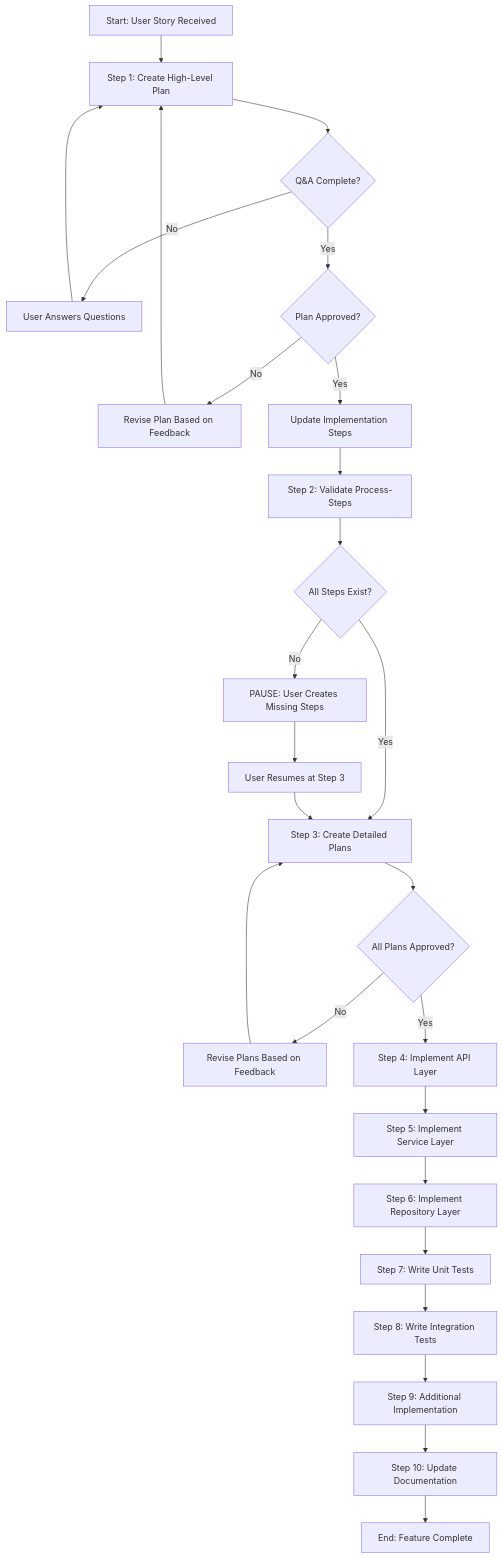
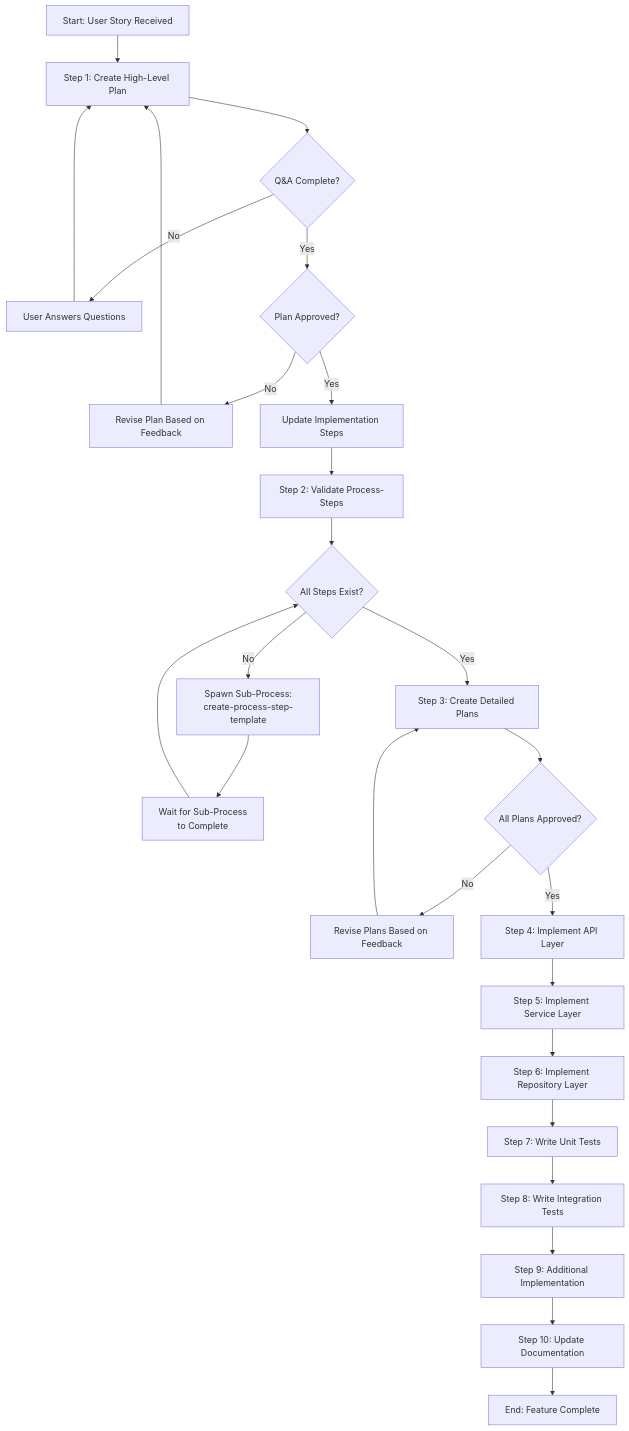
The diagram in .processes/templates/development/develop-user-story.md (HMTools/agentic-processes), drawn with Mermaid before and after one commit. The commit also changed 1 other file, not shown here.

Commit message:
Replaces pause states with subprocess spawns
Updates process templates to spawn subprocesses instead of pausing
for user input. This automates process step creation, improving
workflow efficiency and reducing manual intervention.

````diff
--- a/.processes/templates/development/develop-user-story.md
+++ b/.processes/templates/development/develop-user-story.md
@@ -62,28 +62,28 @@
 ```mermaid
 flowchart TD
     A[Start: User Story Received] --> B[Step 1: Create High-Level Plan]
     B --> B1{Q&A Complete?}
     B1 -->|No| B2[User Answers Questions]
     B2 --> B
     B1 -->|Yes| C{Plan Approved?}
     C -->|No| D[Revise Plan Based on Feedback]
     D --> B
     C -->|Yes| E[Update Implementation Steps]
     E --> F[Step 2: Validate Process-Steps]
     F --> G{All Steps Exist?}
-    G -->|No| H[PAUSE: User Creates Missing Steps]
-    H --> I[User Resumes at Step 3]
+    G -->|No| H[Spawn Sub-Process:<br/>create-process-step-template]
+    H --> H1[Wait for Sub-Process<br/>to Complete]
+    H1 --> G
     G -->|Yes| J[Step 3: Create Detailed Plans]
-    I --> J
     J --> K{All Plans Approved?}
     K -->|No| L[Revise Plans Based on Feedback]
     L --> J
     K -->|Yes| M[Step 4: Implement API Layer]
     M --> N[Step 5: Implement Service Layer]
     N --> O[Step 6: Implement Repository Layer]
     O --> P[Step 7: Write Unit Tests]
     P --> Q[Step 8: Write Integration Tests]
     Q --> R[Step 9: Additional Implementation]
     R --> S[Step 10: Update Documentation]
     S --> T[End: Feature Complete]
 ```
````
